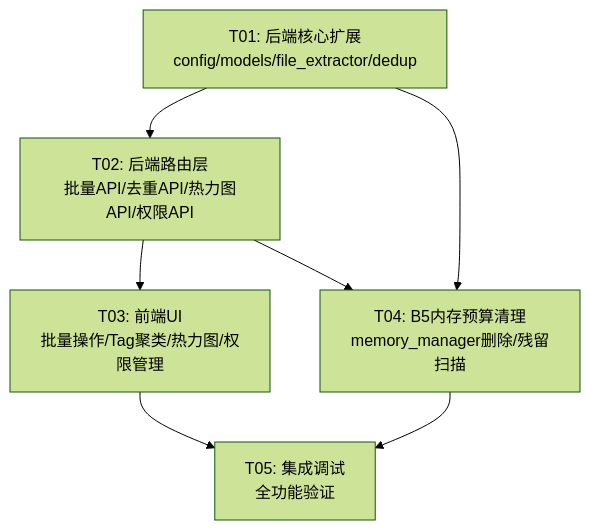
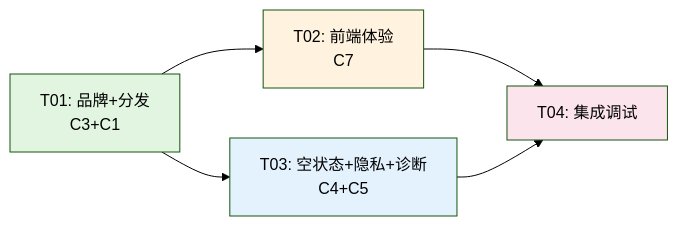
The seventh of 7 diagrams in docs/system_design.md (zwq871482439/sidemate), drawn with Mermaid (forest theme) before and after one commit. The commit also changed other lines of this file and 27 other files, not shown here.

````diff
--- a/docs/system_design.md
+++ b/docs/system_design.md
@@ -639,15 +448,12 @@
 ```mermaid
-graph TD
-    T01[T01: 后端核心扩展<br/>config/models/file_extractor/dedup]
-    T02[T02: 后端路由层<br/>批量API/去重API/热力图API/权限API]
-    T03[T03: 前端UI<br/>批量操作/Tag聚类/热力图/权限管理]
-    T04[T04: B5内存预算清理<br/>memory_manager删除/残留扫描]
-    T05[T05: 集成调试<br/>全功能验证]
+graph LR
+    T01[T01: 品牌+分发<br/>C3+C1] --> T02[T02: 前端体验<br/>C7]
+    T01 --> T03[T03: 空状态+隐私+诊断<br/>C4+C5]
+    T02 --> T04[T04: 集成调试]
+    T03 --> T04
 
-    T01 --> T02
-    T01 --> T04
-    T02 --> T03
-    T02 --> T04
-    T03 --> T05
-    T04 --> T05
+    style T01 fill:#e1f5e1
+    style T02 fill:#fff3e0
+    style T03 fill:#e3f2fd
+    style T04 fill:#fce4ec
 ```
````
